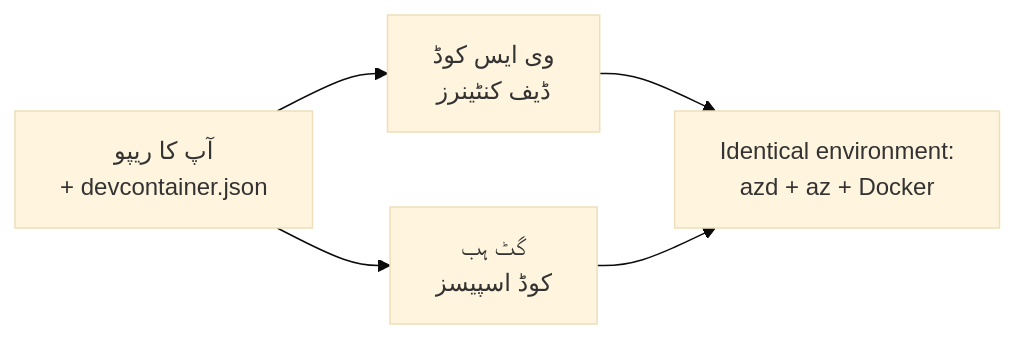
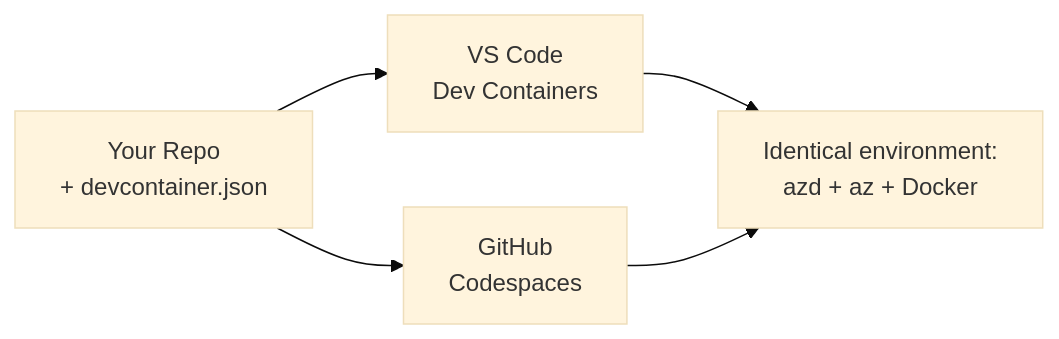
Before and after one commit to microsoft/AZD-for-beginners: the diagram in translations/ur/docs/chapter-01-foundation/dev-containers.md, drawn with Mermaid (base theme). The commit also changed other lines of this file and 40 other files, not shown here.

````diff
--- a/translations/ur/docs/chapter-01-foundation/dev-containers.md
+++ b/translations/ur/docs/chapter-01-foundation/dev-containers.md
@@ -41,7 +41,7 @@
 ```mermaid
 graph LR
-    Repo[آپ کا ریپو<br/>+ devcontainer.json] --> VSCode[وی ایس کوڈ<br/>ڈیف کنٹینرز]
-    Repo --> Codespaces[گٹ ہب<br/>کوڈ اسپیسز]
+    Repo[Your Repo<br/>+ devcontainer.json] --> VSCode[VS Code<br/>Dev Containers]
+    Repo --> Codespaces[GitHub<br/>Codespaces]
     VSCode --> Env[Identical environment:<br/>azd + az + Docker]
     Codespaces --> Env
 ```
````
